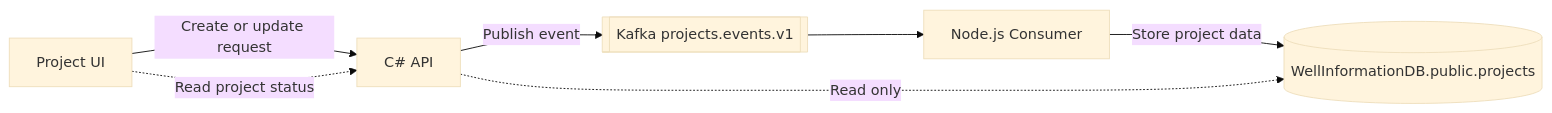
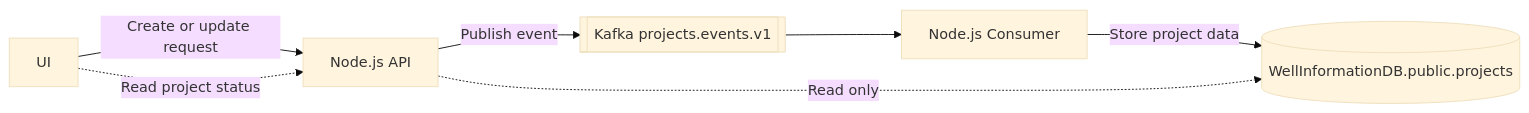
The diagram in docs/architecture-and-implementation-plan.md (thiyagu241989/ongc-app), drawn with Mermaid (base theme) before and after one commit. The commit also changed other lines of this file and 2 other files, not shown here.

Commit message:
docs: update README, architecture doc, and SVG diagram for Node.js API

````diff
--- a/docs/architecture-and-implementation-plan.md
+++ b/docs/architecture-and-implementation-plan.md
@@ -12,9 +12,9 @@
 ```mermaid
 flowchart LR
-    UI[Project UI] -->|Create or update request| API[C# API]
+    UI[UI] -->|Create or update request| API[Node.js API]
     API -->|Publish event| KAFKA[[Kafka projects.events.v1]]
     KAFKA --> NODE[Node.js Consumer]
     NODE -->|Store project data| DB[(WellInformationDB.public.projects)]
     UI -.->|Read project status| API
     API -.->|Read only| DB
 ```
````
